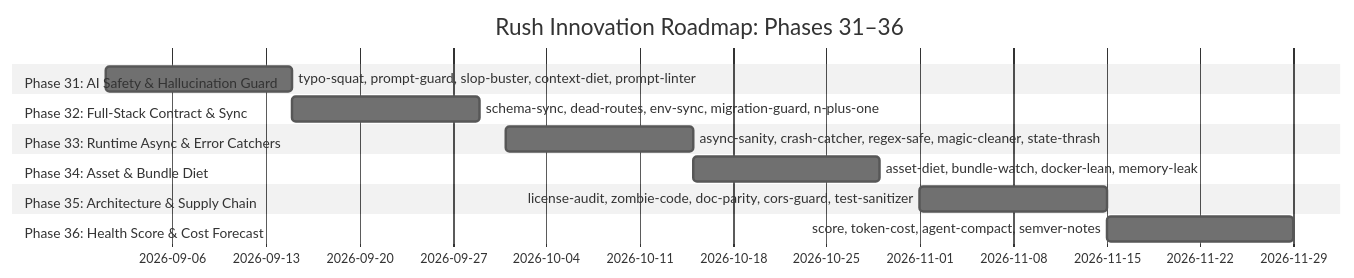
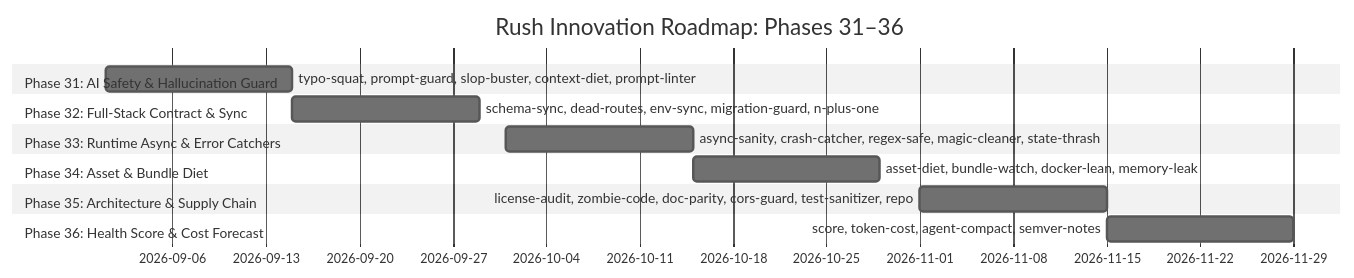
One commit to jamesdsizemore/rush-cli changed the second of 2 diagrams in brainstorm-innovation-custom-plan.md. Above: the diagram before and after it, drawn with Mermaid (neutral theme). The commit also changed other lines of this file and 1 other file, not shown here.

Commit message:
docs: add tool 29 rush repo scanner to innovation plan

````diff
--- a/brainstorm-innovation-custom-plan.md
+++ b/brainstorm-innovation-custom-plan.md
@@ -462,17 +497,17 @@
 ```mermaid
 gantt
   title Rush Innovation Roadmap: Phases 31–36
   dateFormat  YYYY-MM-DD
   section Phase 31: AI Safety & Hallucination Guard
   typo-squat, prompt-guard, slop-buster, context-diet, prompt-linter :2026-09-01, 14d
   section Phase 32: Full-Stack Contract & Sync
   schema-sync, dead-routes, env-sync, migration-guard, n-plus-one :2026-09-15, 14d
   section Phase 33: Runtime Async & Error Catchers
   async-sanity, crash-catcher, regex-safe, magic-cleaner, state-thrash :2026-10-01, 14d
   section Phase 34: Asset & Bundle Diet
   asset-diet, bundle-watch, docker-lean, memory-leak :2026-10-15, 14d
   section Phase 35: Architecture & Supply Chain
-  license-audit, zombie-code, doc-parity, cors-guard, test-sanitizer :2026-11-01, 14d
+  license-audit, zombie-code, doc-parity, cors-guard, test-sanitizer, repo :2026-11-01, 14d
   section Phase 36: Health Score & Cost Forecast
   score, token-cost, agent-compact, semver-notes :2026-11-15, 14d
 ```
````
